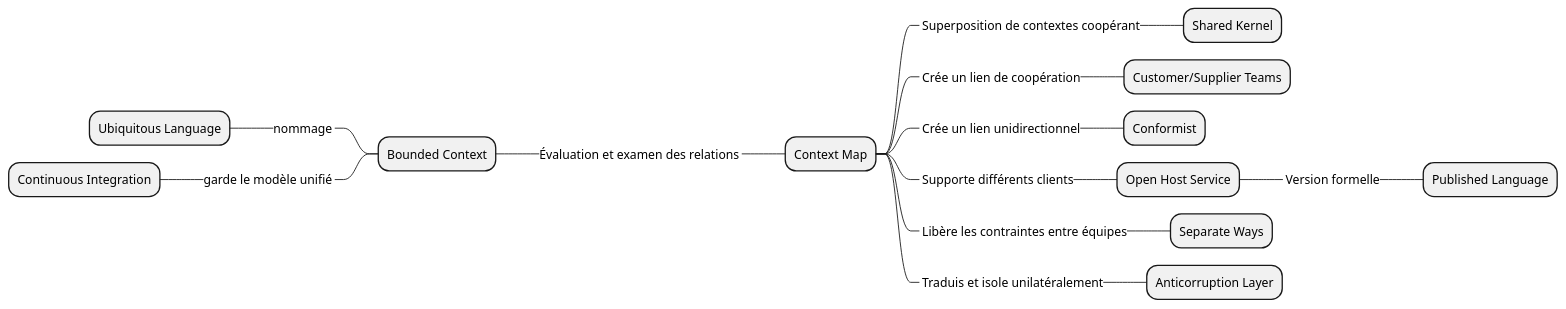
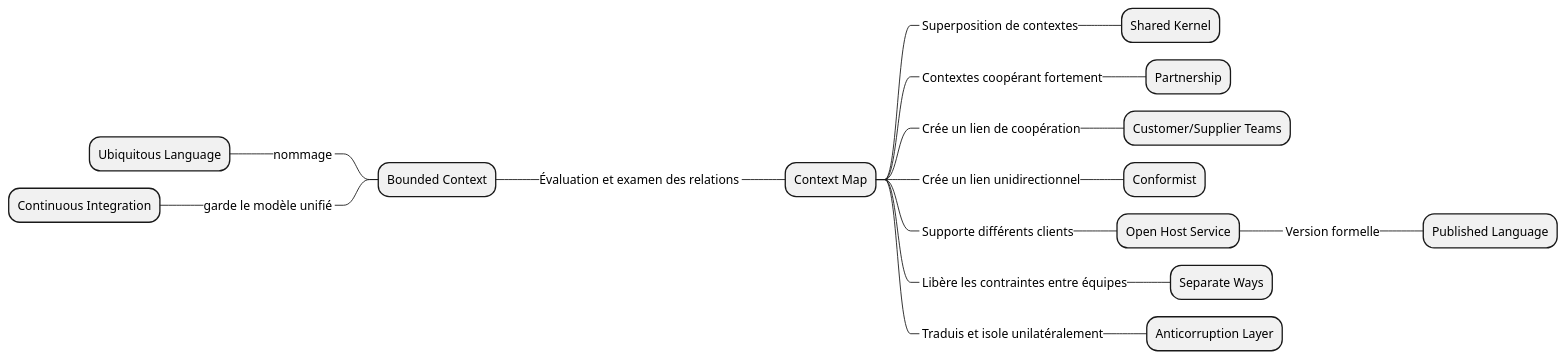
One commit to tavenel/website changed diagram 20 of 21 in src/pages/cours/ddd/ddd-cours.md. Above: the diagram before and after it, drawn with PlantUML. The commit also changed other lines of this file, not shown here.

Commit message:
ddd: cours -- partnership

````diff
--- a/src/pages/cours/ddd/ddd-cours.md
+++ b/src/pages/cours/ddd/ddd-cours.md
@@ -1255,37 +1309,40 @@
 ```plantuml
 @startmindmap
 * Context Map
 
-  **_ Superposition de contextes coopérant
+  **_ Superposition de contextes
     *** Shared Kernel
+
+  **_ Contextes coopérant fortement
+    *** Partnership
 
   **_ Crée un lien de coopération
     *** Customer/Supplier Teams
 
   **_ Crée un lien unidirectionnel
     *** Conformist
 
   **_ Supporte différents clients
     *** Open Host Service
       ****_ Version formelle
         ***** Published Language
 
   **_ Libère les contraintes entre équipes
     *** Separate Ways
 
   **_ Traduis et isole unilatéralement
     *** Anticorruption Layer
 
 left side
 
   **_ Évaluation et examen des relations
     *** Bounded Context
 
       ****_ nommage
         ***** Ubiquitous Language
 
       ****_ garde le modèle unifié
         ***** Continuous Integration
 
 @endmindmap
 ```
````
